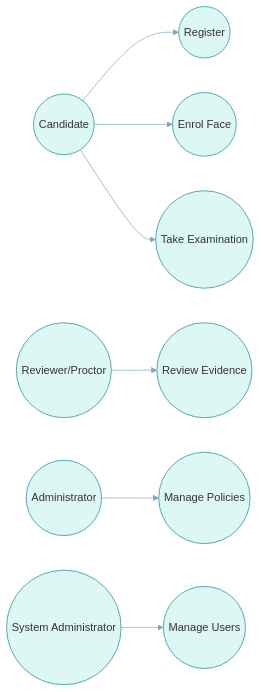
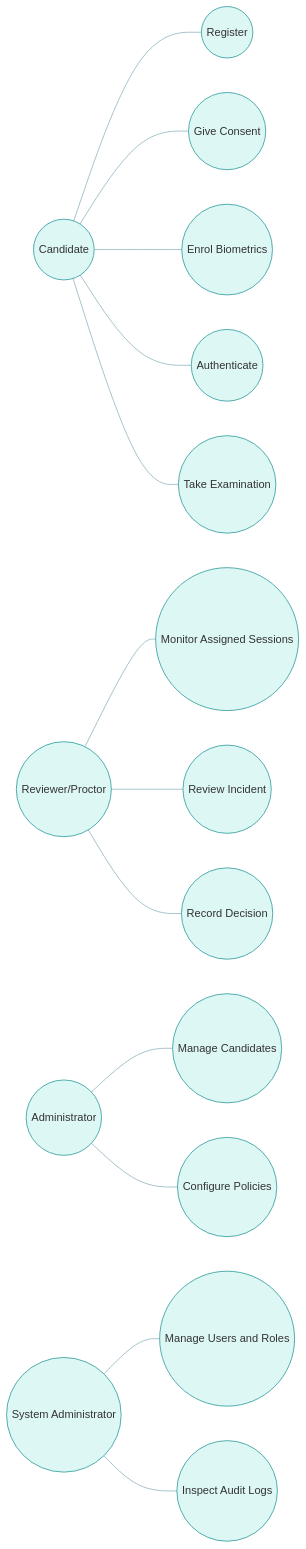
The diagram in docs/dissertation/chapter3/uml/Figure3_13_Use_Case_Diagram_of_SERPS.mmd (basil-emeokoro/SERPS), drawn with Mermaid before and after one commit. The commit also changed 141 other files, not shown here.

Commit message:
docs(ch3): remediate diagram visual quality

```diff
--- a/docs/dissertation/chapter3/uml/Figure3_13_Use_Case_Diagram_of_SERPS.mmd
+++ b/docs/dissertation/chapter3/uml/Figure3_13_Use_Case_Diagram_of_SERPS.mmd
@@ -1,8 +1,14 @@
 %%{init: {'theme': 'base', 'themeVariables': {'primaryColor': '#DDF7F5', 'primaryBorderColor': '#0F8B8D', 'lineColor': '#7FA9B5', 'fontFamily': 'Segoe UI, Arial'}}}%%
 flowchart LR
-  Candidate((Candidate)) --> Register((Register))
-  Candidate --> Enrol((Enrol Face))
-  Candidate --> Exam((Take Examination))
-  Reviewer((Reviewer/Proctor)) --> Review((Review Evidence))
-  Admin((Administrator)) --> Policies((Manage Policies))
-  SysAdmin((System Administrator)) --> Users((Manage Users))
+  Candidate((Candidate)) --- Register((Register))
+  Candidate --- Consent((Give Consent))
+  Candidate --- Biometrics((Enrol Biometrics))
+  Candidate --- Auth((Authenticate))
+  Candidate --- Exam((Take Examination))
+  Reviewer((Reviewer/Proctor)) --- Monitor((Monitor Assigned Sessions))
+  Reviewer --- Review((Review Incident))
+  Reviewer --- Decision((Record Decision))
+  Admin((Administrator)) --- ManageCandidates((Manage Candidates))
+  Admin --- Policies((Configure Policies))
+  SysAdmin((System Administrator)) --- Users((Manage Users and Roles))
+  SysAdmin --- Audit((Inspect Audit Logs))
```
